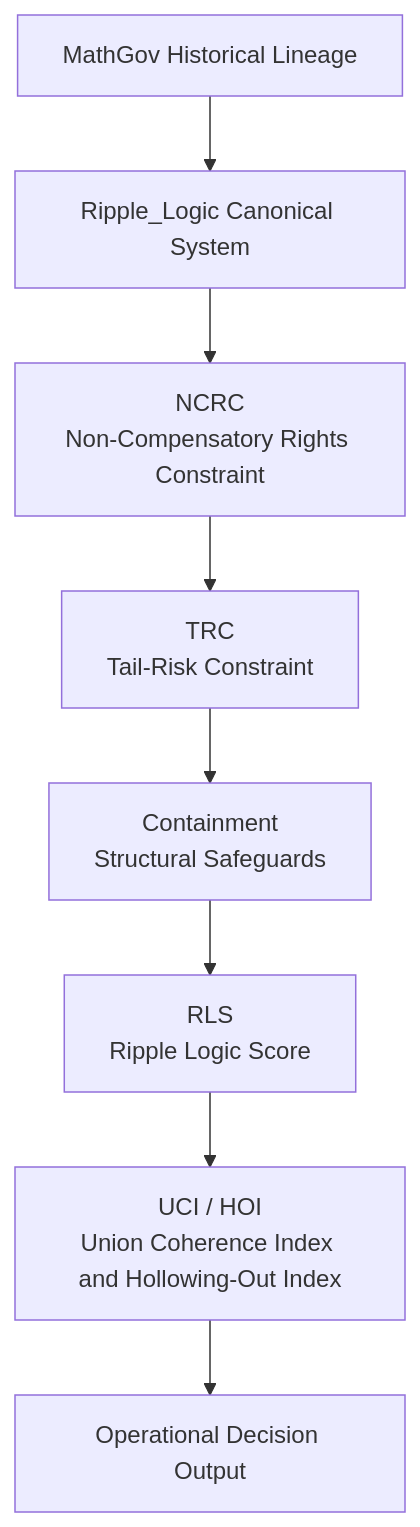
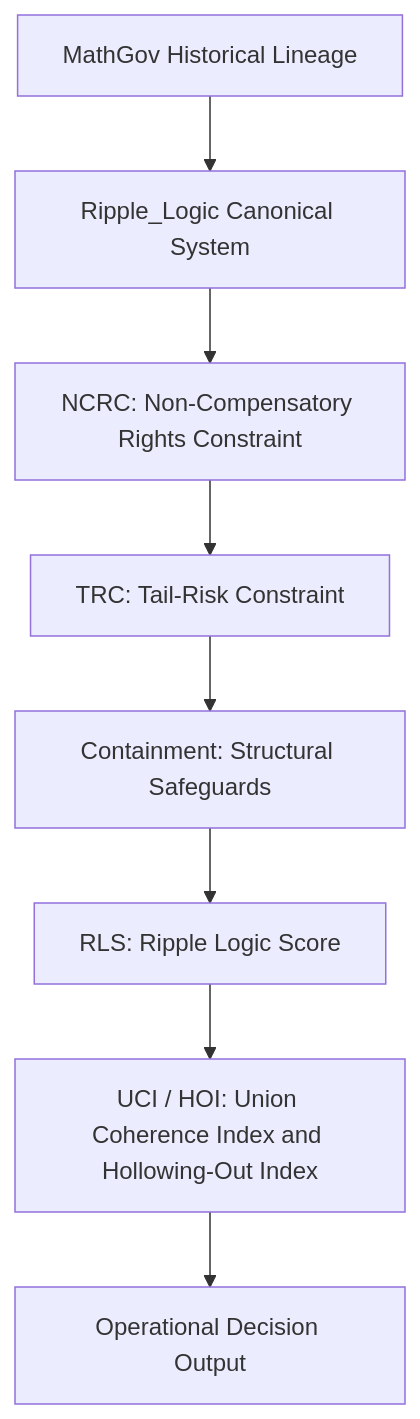
The diagram in README.md (MathGov/ripple-logic), drawn with Mermaid before and after one commit. The commit also changed other lines of this file, not shown here.

Commit message:
Finalize README for RippleLogic v8.6 release
Finalizes the README for the v8.6 public release, including system architecture, example walkthrough, corrected RLS and UCI/HOI terminology, validation status, repository structure, and release framing.

````diff
--- a/README.md
+++ b/README.md
@@ -40,21 +40,20 @@
 ```mermaid
 flowchart TD
+    A["MathGov Historical Lineage"]
+    B["Ripple_Logic Canonical System"]
 
-A[MathGov Historical Lineage]
-B[Ripple_Logic Canonical System]
+    C["NCRC: Non-Compensatory Rights Constraint"]
+    D["TRC: Tail-Risk Constraint"]
+    E["Containment: Structural Safeguards"]
+    F["RLS: Ripple Logic Score"]
+    G["UCI / HOI: Union Coherence Index and Hollowing-Out Index"]
+    H["Operational Decision Output"]
 
-C[NCRC<br>Non-Compensatory Rights Constraint]
-D[TRC<br>Tail-Risk Constraint]
-E[Containment<br>Structural Safeguards]
-F[RLS<br>Ripple Logic Score]
-G[UCI / HOI<br>Union Coherence Index and Hollowing-Out Index]
-H[Operational Decision Output]
-
-A --> B
-B --> C
-C --> D
-D --> E
-E --> F
-F --> G
-G --> H
+    A --> B
+    B --> C
+    C --> D
+    D --> E
+    E --> F
+    F --> G
+    G --> H
 ```
````
